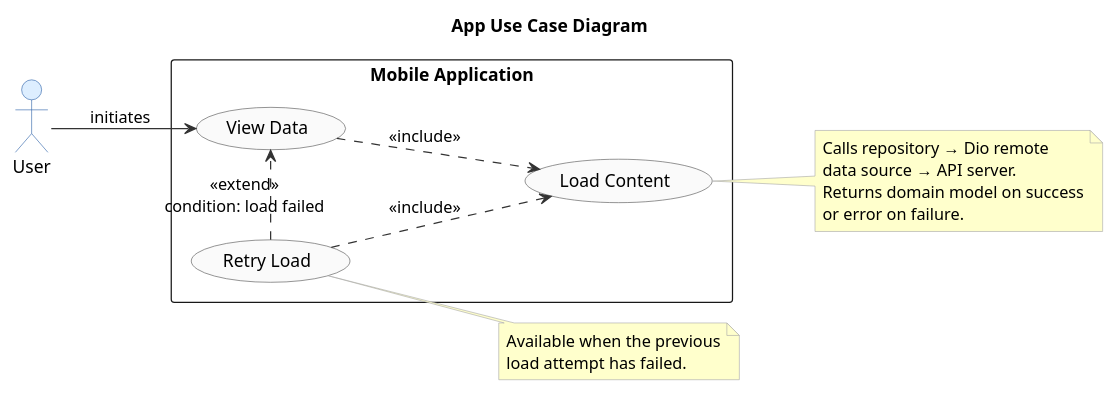
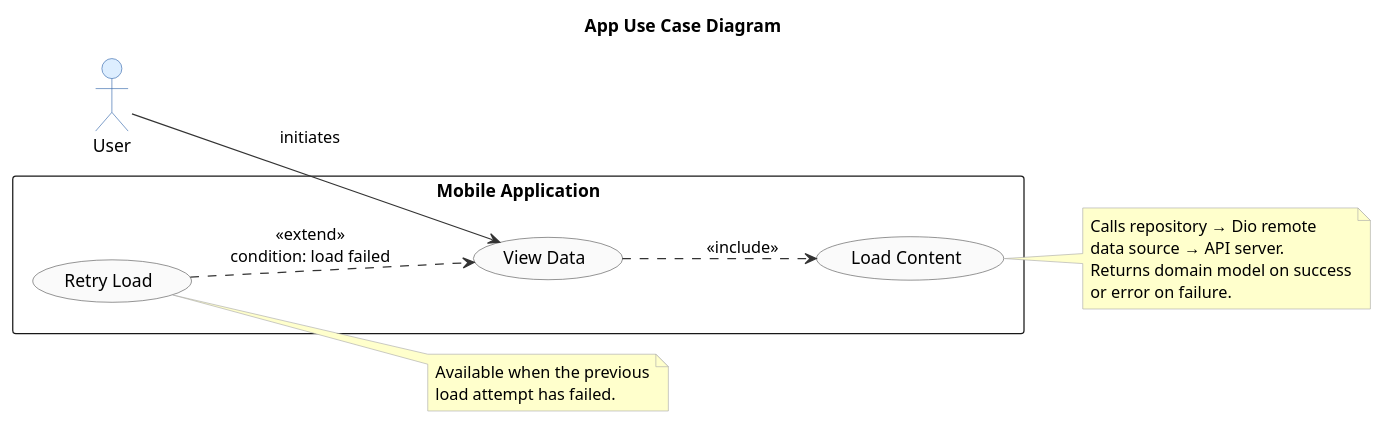
One commit to giahuyto3107/automatic_demonstration changed the diagram in docs/diagrams/app_usecase.puml. Above: the diagram before and after it, drawn with PlantUML.

Commit message:
Fix use case diagram: remove redundant include from Retry Load to Load Content
Agent-Logs-Url: https://github.com/giahuyto3107/automatic_demonstration/sessions/5bceed50-d7bc-4f96-b7c6-11a7392375a5

```diff
--- a/docs/diagrams/app_usecase.puml
+++ b/docs/diagrams/app_usecase.puml
@@ -1,40 +1,39 @@
 @startuml
 title App Use Case Diagram
 
 left to right direction
 
 skinparam ActorBackgroundColor #DDEEFF
 skinparam ActorBorderColor #3366AA
 skinparam UsecaseBackgroundColor #FAFAFA
 skinparam UsecaseBorderColor #555555
 skinparam ArrowColor #333333
 skinparam NoteBackgroundColor #FFFFCC
 skinparam NoteBorderColor #AAAAAA
 
 actor User
 
 rectangle "Mobile Application" {
   usecase "View Data" as UC_View
   usecase "Load Content" as UC_Load
   usecase "Retry Load" as UC_Retry
 }
 
 User --> UC_View : initiates
 
 UC_View ..> UC_Load : <<include>>
-UC_Retry ..> UC_Load : <<include>>
-UC_Retry .> UC_View : <<extend>>\ncondition: load failed
+UC_Retry ..> UC_View : <<extend>>\ncondition: load failed
 
 note right of UC_Load
   Calls repository → Dio remote
   data source → API server.
   Returns domain model on success
   or error on failure.
 end note
 
 note right of UC_Retry
   Available when the previous
   load attempt has failed.
 end note
 
 @enduml
```
